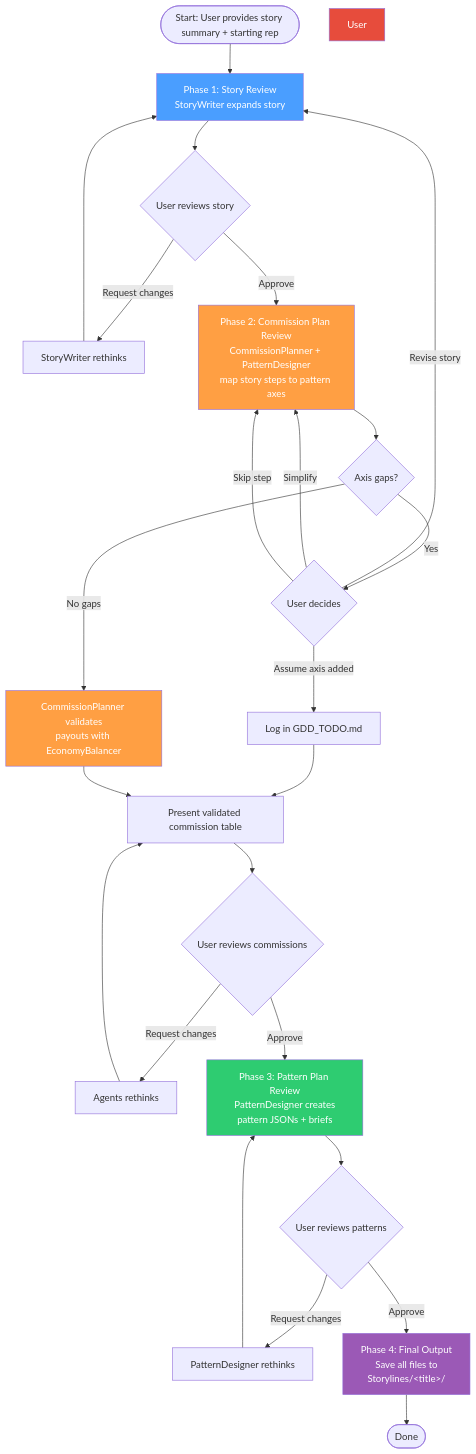
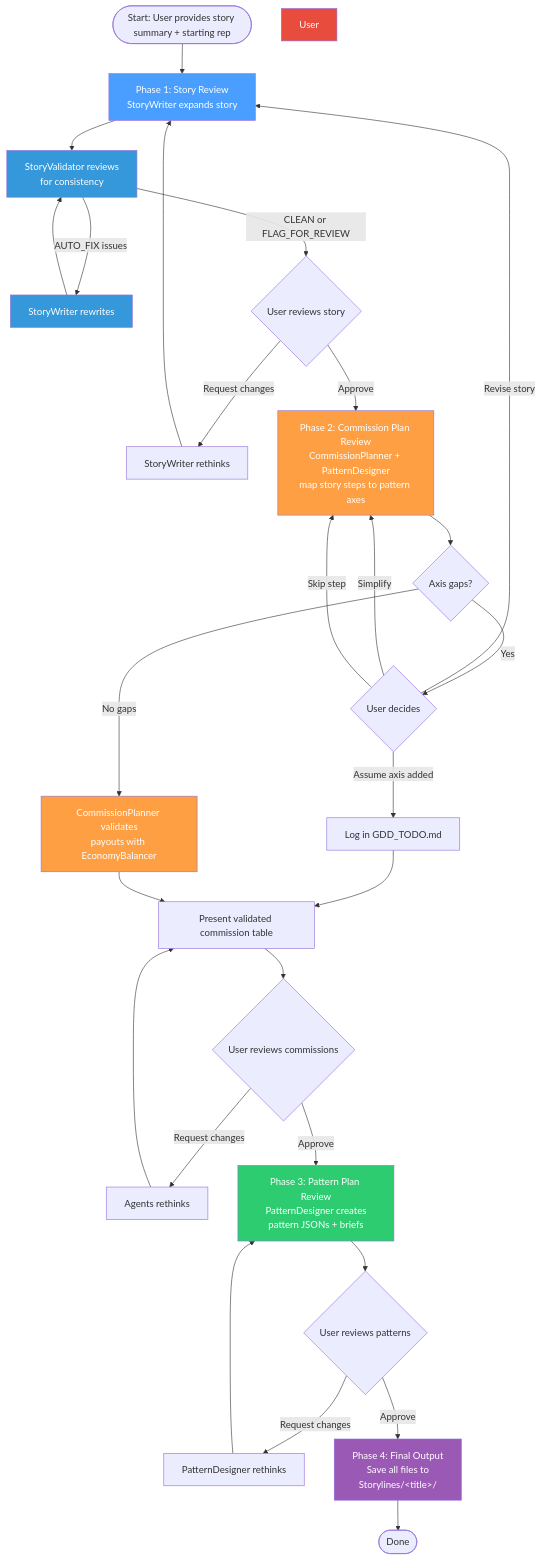
The second of 2 diagrams in ARCHITECTURE.md (UzielSilva/maigd-agent-crew), drawn with Mermaid before and after one commit. The commit also changed other lines of this file and 3 other files, not shown here.

First line of the commit message:
Add StoryValidator agent for narrative QA in Phase 1

````diff
--- a/ARCHITECTURE.md
+++ b/ARCHITECTURE.md
@@ -47,43 +50,48 @@
 ```mermaid
 flowchart TD
     Start(["Start: User provides story summary + starting rep"]) --> P1
 
     P1["Phase 1: Story Review<br/>StoryWriter expands story"]
-    P1 --> P1Review{"User reviews story"}
+    P1 --> P1Validate["StoryValidator reviews<br/>for consistency"]
+    P1Validate -->|"AUTO_FIX issues"| P1Fix["StoryWriter rewrites"]
+    P1Fix --> P1Validate
+    P1Validate -->|"CLEAN or FLAG_FOR_REVIEW"| P1Review{"User reviews story"}
     P1Review -->|"Request changes"| P1Revise["StoryWriter rethinks"]
     P1Revise --> P1
     P1Review -->|"Approve"| P2
 
     P2["Phase 2: Commission Plan Review<br/>CommissionPlanner + PatternDesigner<br/>map story steps to pattern axes"]
     P2 --> AxisCheck{"Axis gaps?"}
     AxisCheck -->|"Yes"| AxisGap{"User decides"}
     AxisGap -->|"Revise story"| P1
     AxisGap -->|"Assume axis added"| LogAxis["Log in GDD_TODO.md"]
     LogAxis --> P2Continue
     AxisGap -->|"Simplify"| P2
     AxisGap -->|"Skip step"| P2
     AxisCheck -->|"No gaps"| P2Validate["CommissionPlanner validates<br/>payouts with EconomyBalancer"]
     P2Validate --> P2Continue
 
     P2Continue["Present validated commission table"]
     P2Continue --> P2Review{"User reviews commissions"}
     P2Review -->|"Request changes"| P2Revise["Agents rethinks"]
     P2Revise --> P2Continue
     P2Review -->|"Approve"| P3
 
     P3["Phase 3: Pattern Plan Review<br/>PatternDesigner creates<br/>pattern JSONs + briefs"]
     P3 --> P3Review{"User reviews patterns"}
     P3Review -->|"Request changes"| P3Revise["PatternDesigner rethinks"]
     P3Revise --> P3
     P3Review -->|"Approve"| P4
 
     P4["Phase 4: Final Output<br/>Save all files to<br/>Storylines/&lt;title&gt;/"]
     P4 --> Done(["Done"])
 
     style P1 fill:#4a9eff,color:#fff
+    style P1Validate fill:#3498db,color:#fff
+    style P1Fix fill:#3498db,color:#fff
     style P2 fill:#ff9f43,color:#fff
     style P2Validate fill:#ff9f43,color:#fff
     style P3 fill:#2ecc71,color:#fff
     style P4 fill:#9b59b6,color:#fff
     style User fill:#e74c3c,color:#fff
 ```
````
